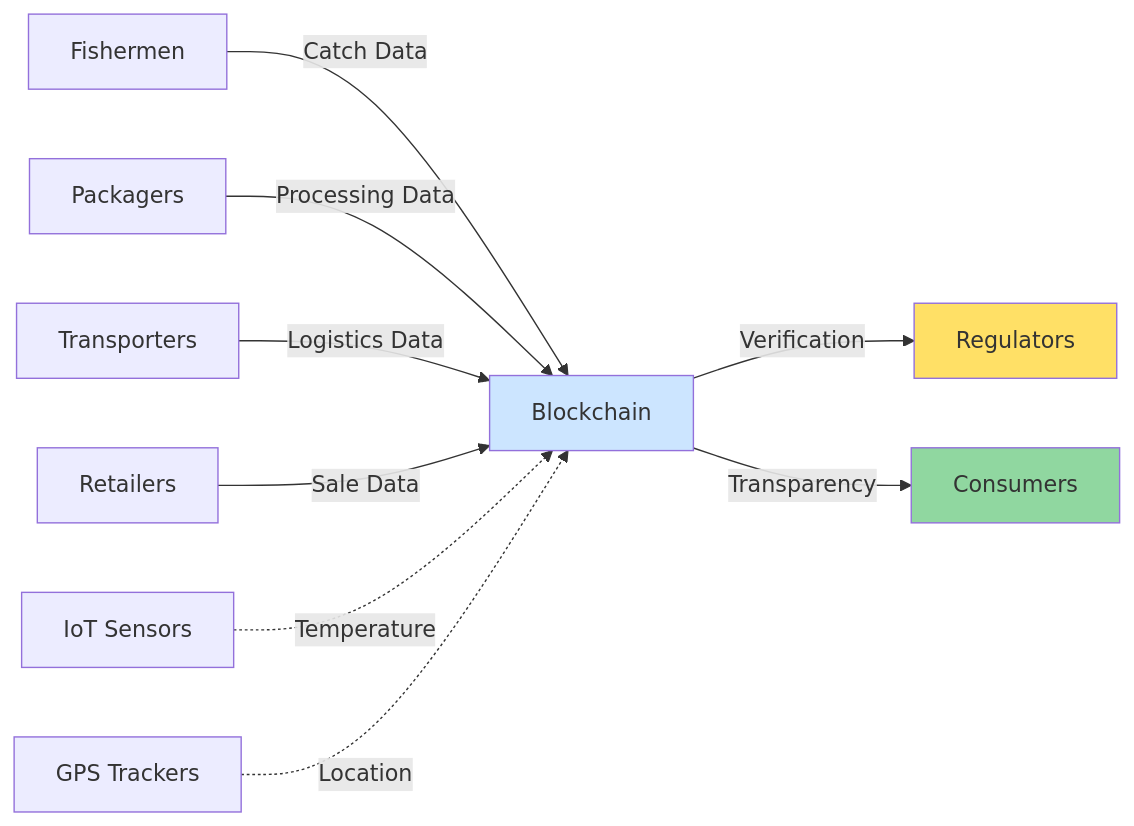
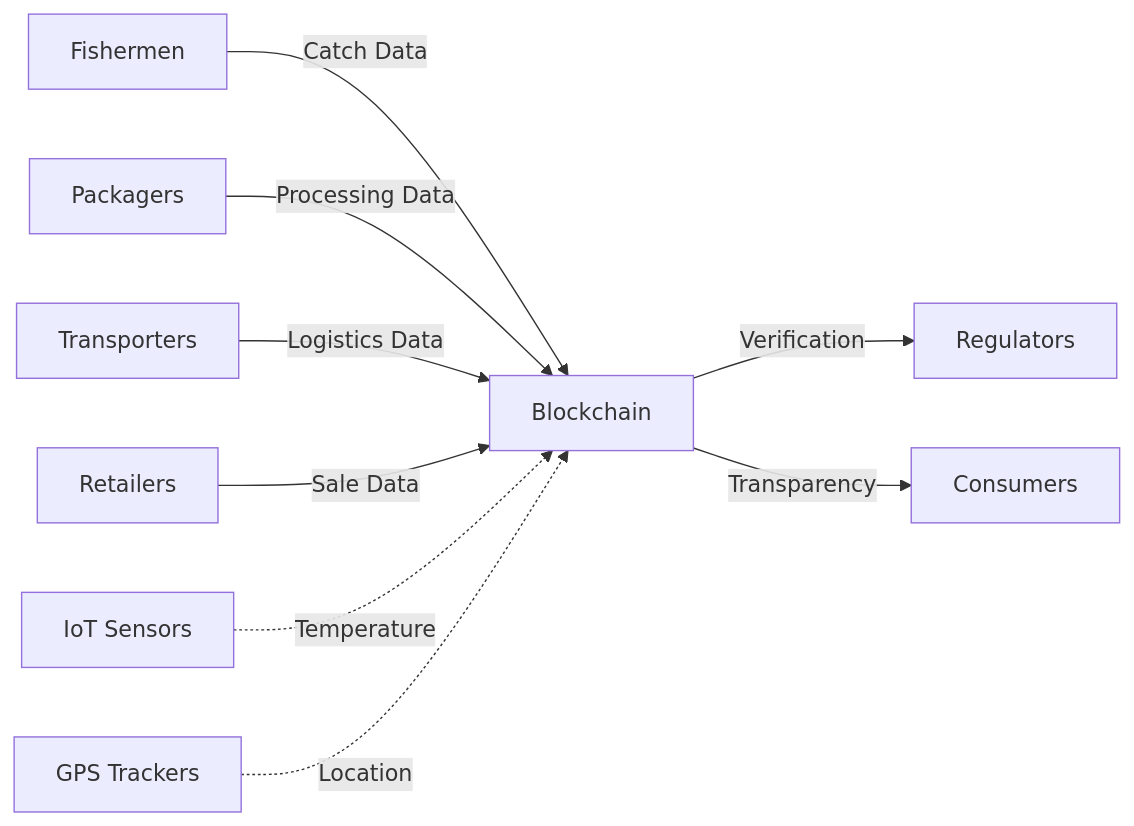
Before and after one commit to ljg-cqu/knowledge: diagram 12 of 23 in Industry/Blockchain/Blockchain/ValueChain/QA_MistralAI.md, drawn with Mermaid. The commit also changed other lines of this file, not shown here.

Commit message:
Enhance value chain analysis in QA_MistralAI.md by refining flow diagrams and adding key characteristics. Improved clarity on capital cycles, fee flows, and governance mechanisms to better illustrate stakeholder interactions and regulatory impacts.

````diff
--- a/Industry/Blockchain/Blockchain/ValueChain/QA_MistralAI.md
+++ b/Industry/Blockchain/Blockchain/ValueChain/QA_MistralAI.md
@@ -935,17 +930,14 @@
 ```mermaid
 graph LR
     A[Fishermen] -->|Catch Data| B[Blockchain]
     C[Packagers] -->|Processing Data| B
     D[Transporters] -->|Logistics Data| B
     E[Retailers] -->|Sale Data| B
     
     B -->|Verification| F[Regulators]
     B -->|Transparency| G[Consumers]
     
     H[IoT Sensors] -.->|Temperature| B
     I[GPS Trackers] -.->|Location| B
     
-    style B fill:#cce5ff
-    style F fill:#ffe066
-    style G fill:#90d7a0
 ```
````
